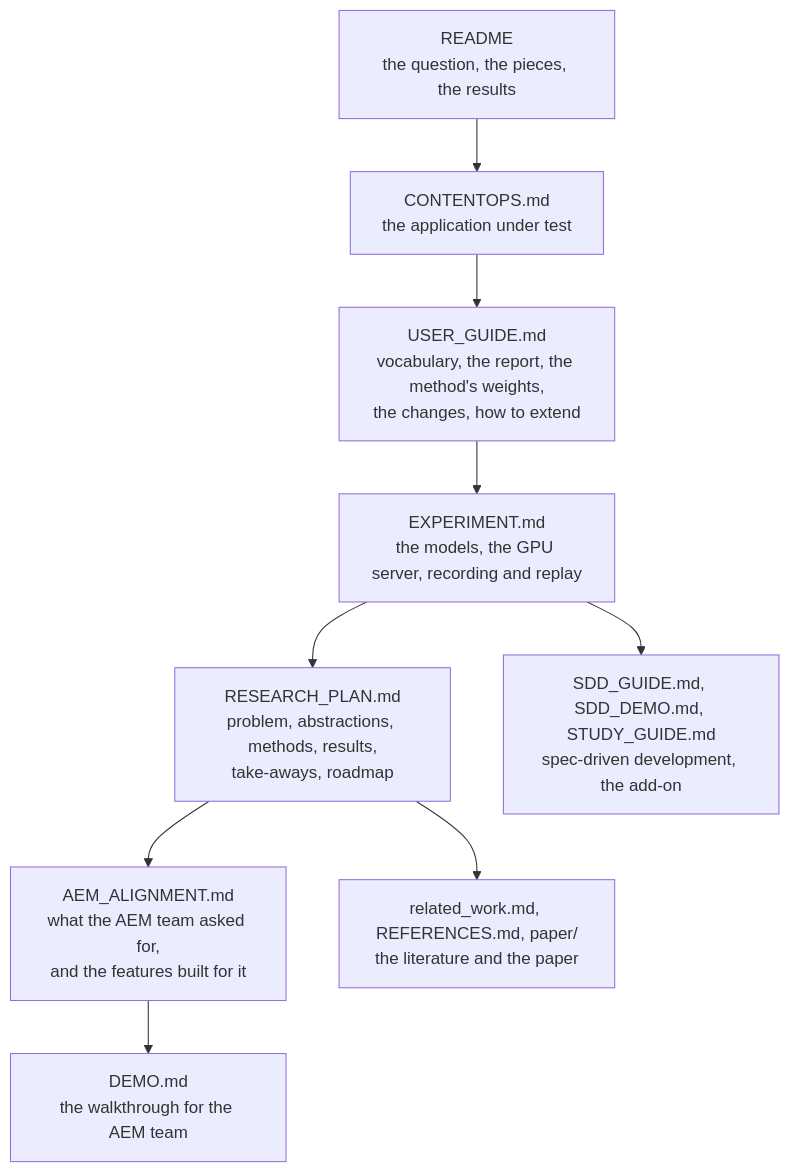
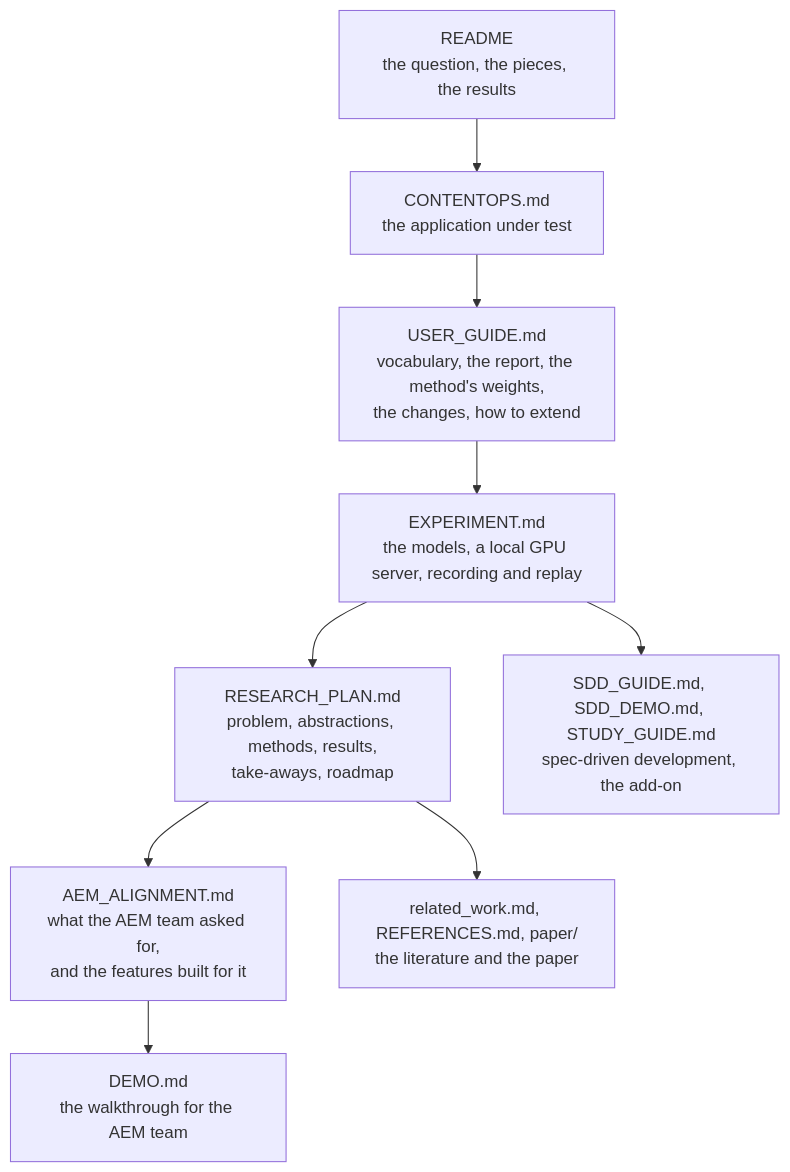
Before and after one commit to unibuc-cs/TestingTheAgents: the diagram in trace-eval/docs/README.md, drawn with Mermaid. The commit also changed other lines of this file and 8 other files, not shown here.

````diff
--- a/trace-eval/docs/README.md
+++ b/trace-eval/docs/README.md
@@ -23,11 +22,11 @@
 ```mermaid
 flowchart TD
     R["README<br/>the question, the pieces, the results"] --> A["CONTENTOPS.md<br/>the application under test"]
     A --> U["USER_GUIDE.md<br/>vocabulary, the report, the method's weights,<br/>the changes, how to extend"]
-    U --> X["EXPERIMENT.md<br/>the models, the GPU server, recording and replay"]
+    U --> X["EXPERIMENT.md<br/>the models, a local GPU server, recording and replay"]
     X --> P["RESEARCH_PLAN.md<br/>problem, abstractions, methods, results,<br/>take-aways, roadmap"]
     P --> M["AEM_ALIGNMENT.md<br/>what the AEM team asked for,<br/>and the features built for it"]
     M --> D["DEMO.md<br/>the walkthrough for the AEM team"]
     X --> S["SDD_GUIDE.md, SDD_DEMO.md, STUDY_GUIDE.md<br/>spec-driven development, the add-on"]
     P --> W["related_work.md, REFERENCES.md, paper/<br/>the literature and the paper"]
 ```
````
